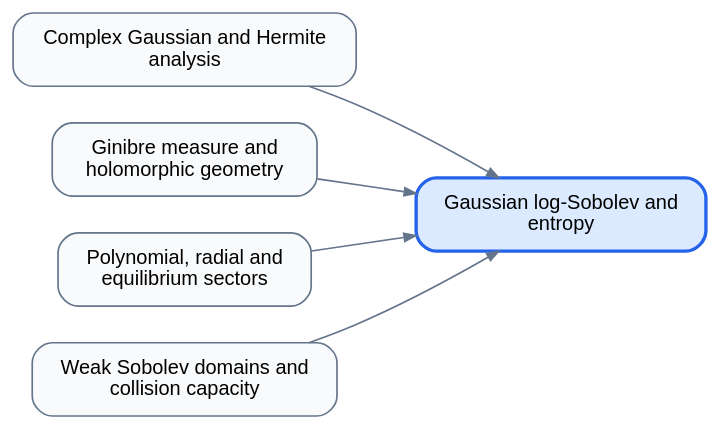
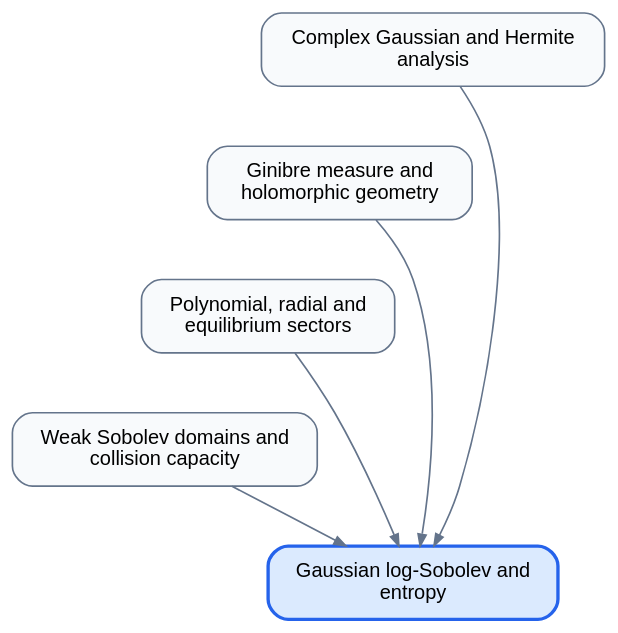
One commit to djalilchafai/ginibre-poincare changed the diagram in diagrams/GaussianLSI.dot. Above: the diagram before and after it, drawn with Graphviz. The commit also changed 44 other files, not shown here.

Commit message:
Make dependency diagrams vertical and add GitHub Pages deployment

```diff
--- a/diagrams/GaussianLSI.dot
+++ b/diagrams/GaussianLSI.dot
@@ -1,15 +1,18 @@
 digraph dependencies {
-rankdir=LR;
+rankdir=TB;
 graph [bgcolor="transparent", pad="0.3", nodesep="0.3"];
 node [shape=box, style="rounded,filled", fillcolor="#f8fafc", color="#64748b", fontname="sans-serif", fontsize=12, margin="0.18,0.12"];
 edge [color="#64748b", arrowsize=0.7];
 ComplexGaussianHermite [label="Complex Gaussian and Hermite\nanalysis"];
 GinibreMeasureGeometry [label="Ginibre measure and\nholomorphic geometry"];
 PolynomialRadial [label="Polynomial, radial and\nequilibrium sectors"];
 WeakSobolev [label="Weak Sobolev domains and\ncollision capacity"];
 GaussianLSI [label="Gaussian log-Sobolev and\nentropy", fillcolor="#dbeafe", color="#2563eb", penwidth=2];
 ComplexGaussianHermite -> GaussianLSI;
 GinibreMeasureGeometry -> GaussianLSI;
 PolynomialRadial -> GaussianLSI;
 WeakSobolev -> GaussianLSI;
+ComplexGaussianHermite -> GinibreMeasureGeometry [style=invis];
+GinibreMeasureGeometry -> PolynomialRadial [style=invis];
+PolynomialRadial -> WeakSobolev [style=invis];
 }
```
